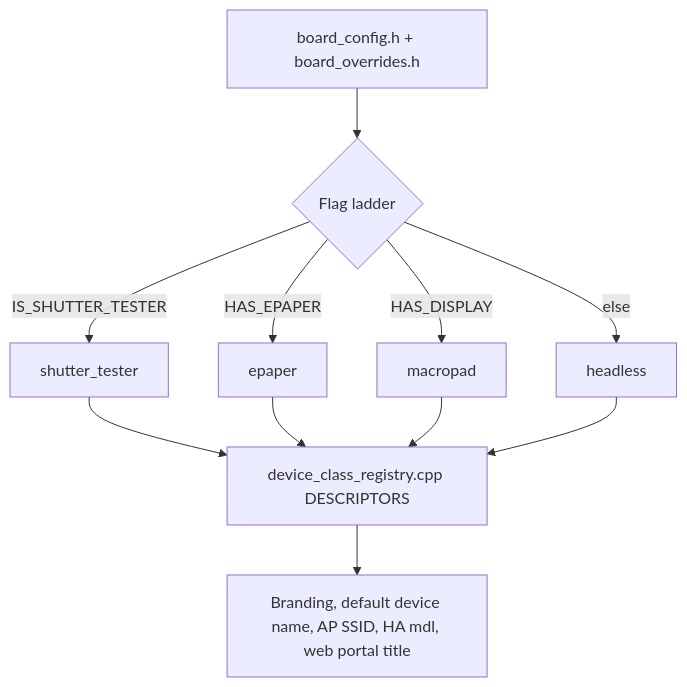
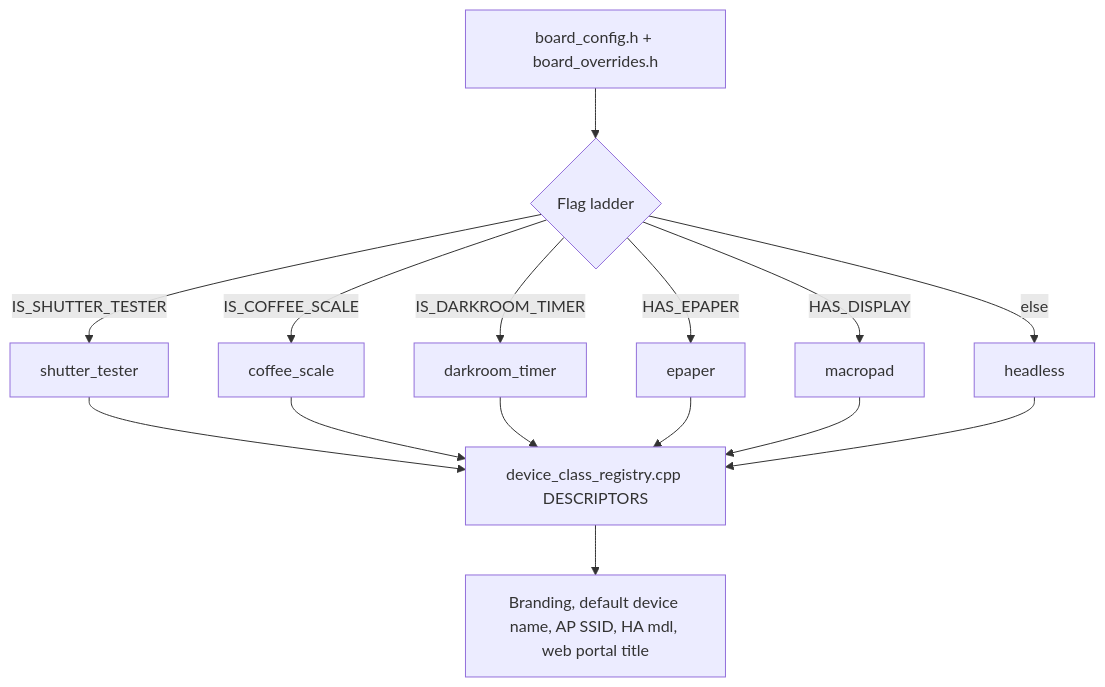
One commit to jantielens/esp32-macropad changed the diagram in docs/device-classes/README.md. Above: the diagram before and after it, drawn with Mermaid. The commit also changed other lines of this file and 25 other files, not shown here.

````diff
--- a/docs/device-classes/README.md
+++ b/docs/device-classes/README.md
@@ -15,10 +17,12 @@
 ```mermaid
 flowchart TD
     Board[board_config.h + board_overrides.h] --> Flags{Flag ladder}
     Flags -->|IS_SHUTTER_TESTER| Shutter[shutter_tester]
+    Flags -->|IS_COFFEE_SCALE| Coffee[coffee_scale]
+    Flags -->|IS_DARKROOM_TIMER| Darkroom[darkroom_timer]
     Flags -->|HAS_EPAPER| EPaper[epaper]
     Flags -->|HAS_DISPLAY| Macropad[macropad]
     Flags -->|else| Headless[headless]
-    Shutter & EPaper & Macropad & Headless --> Reg[device_class_registry.cpp DESCRIPTORS]
+    Shutter & Coffee & Darkroom & EPaper & Macropad & Headless --> Reg[device_class_registry.cpp DESCRIPTORS]
     Reg --> Brand[Branding, default device name, AP SSID, HA mdl, web portal title]
 ```
````
